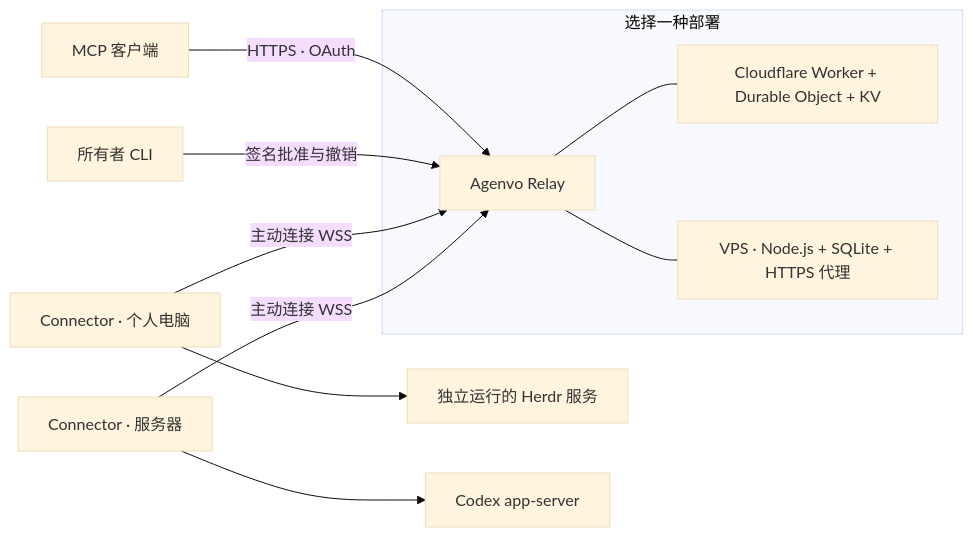
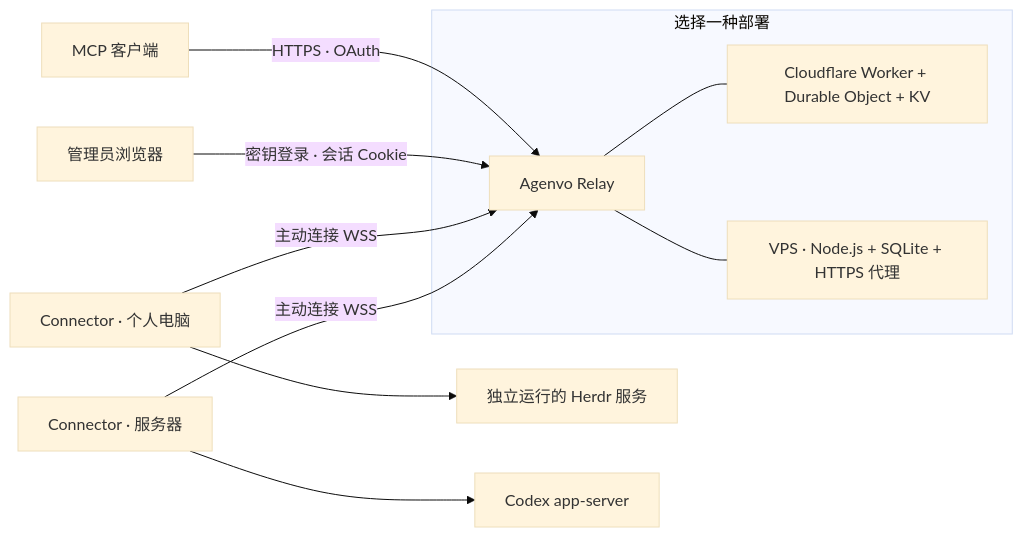
Before and after one commit to AkaraChen/agenvo: the diagram in README.zh-CN.md, drawn with Mermaid (base theme). The commit also changed other lines of this file and 49 other files, not shown here.

````diff
--- a/README.zh-CN.md
+++ b/README.zh-CN.md
@@ -9,13 +9,13 @@
 ```mermaid
 flowchart LR
     C["MCP 客户端"] -->|"HTTPS · OAuth"| R["Agenvo Relay"]
-    O["所有者 CLI"] -->|"签名批准与撤销"| R
+    O["管理员浏览器"] -->|"密钥登录 · 会话 Cookie"| R
     subgraph Deployment["选择一种部署"]
       R --- CF["Cloudflare Worker + Durable Object + KV"]
       R --- VPS["VPS · Node.js + SQLite + HTTPS 代理"]
     end
     A["Connector · 个人电脑"] -->|"主动连接 WSS"| R
     B["Connector · 服务器"] -->|"主动连接 WSS"| R
     A --> H["独立运行的 Herdr 服务"]
     B --> X["Codex app-server"]
 ```
````
